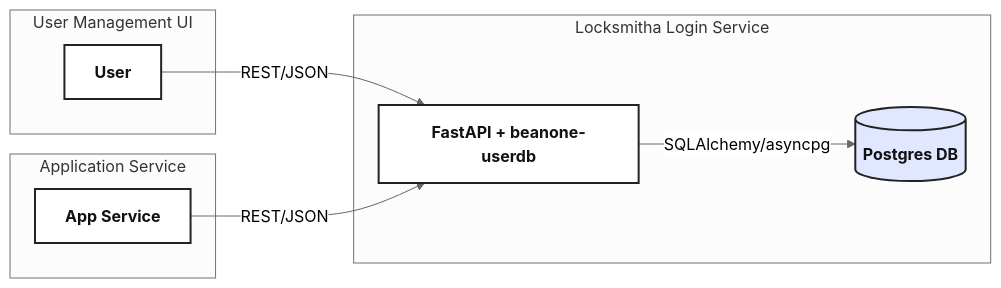
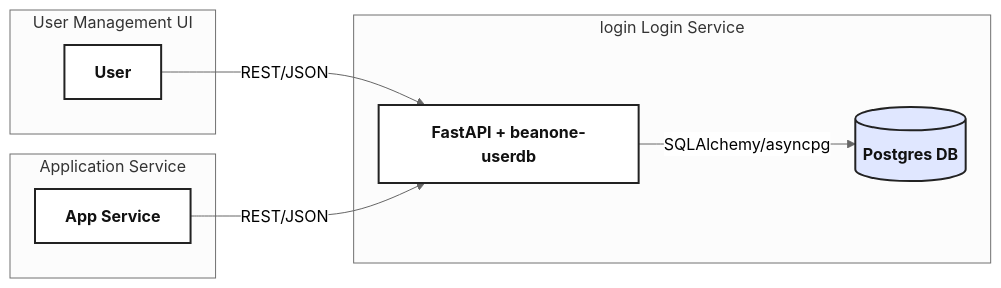
Before and after one commit to beanone/locksmitha: the diagram in README.md, drawn with Mermaid (neutral theme). The commit also changed other lines of this file and 25 other files, not shown here.

````diff
--- a/README.md
+++ b/README.md
@@ -51,27 +51,27 @@
 ```mermaid
 flowchart LR
     %% High-contrast, clear, and accessible
 
     subgraph UI["User Management UI"]
         U[User]
     end
 
     subgraph APP["Application Service"]
         AP[App Service]
     end
 
-    subgraph LS["Locksmitha Login Service"]
+    subgraph LS["login Login Service"]
         A[FastAPI + beanone-userdb]
         DB[(Postgres DB)]
     end
 
     U -- "REST/JSON" --> A
     AP -- "REST/JSON" --> A
     A -- "SQLAlchemy/asyncpg" --> DB
 
     %% Styling for maximum clarity
     classDef main fill:#fff,stroke:#222,stroke-width:2px,color:#111,font-weight:bold;
     classDef db fill:#e0e7ff,stroke:#222,stroke-width:2px,color:#111,font-weight:bold;
     class A,AP,U main;
     class DB db;
 ```
````
